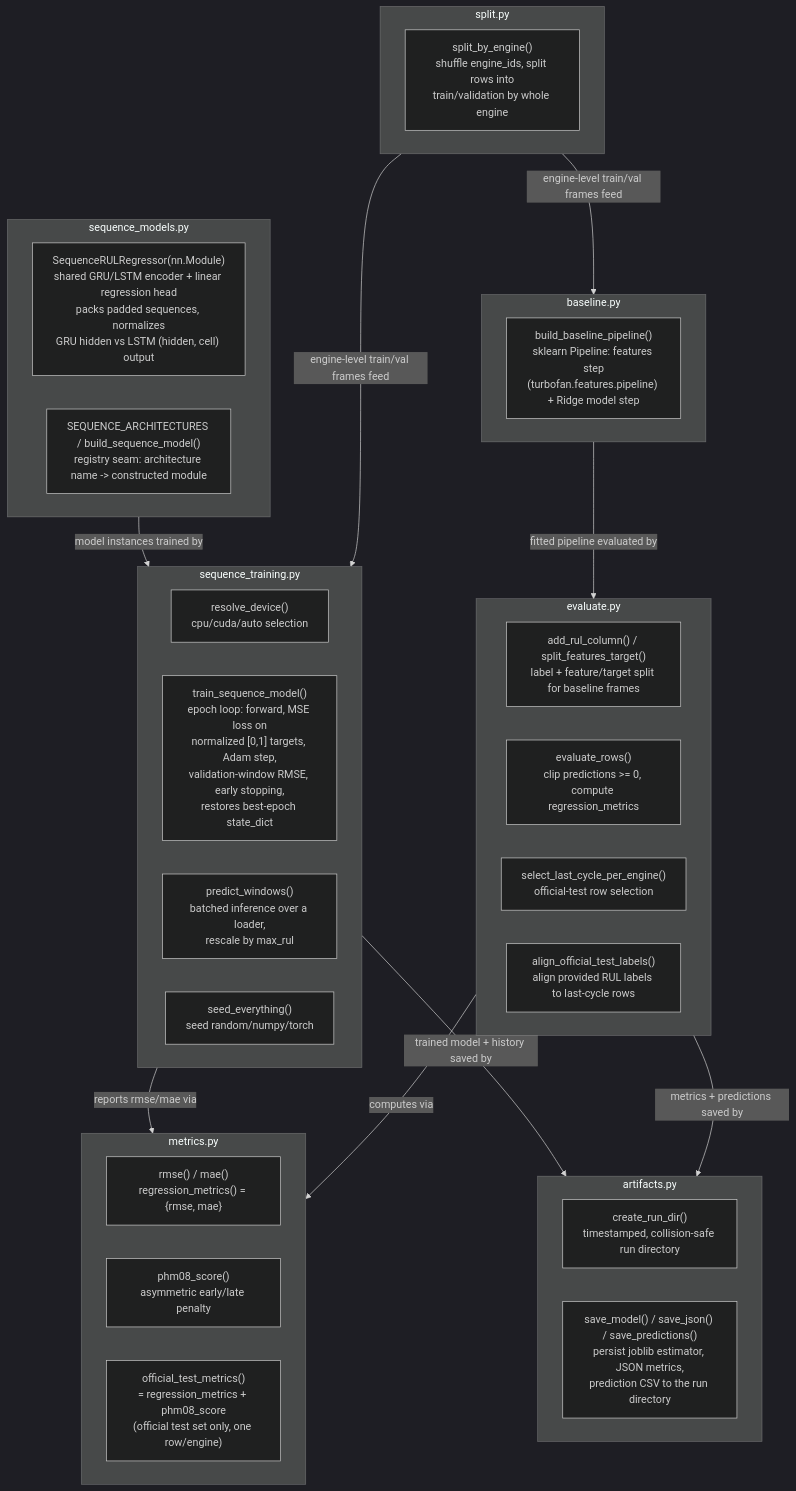
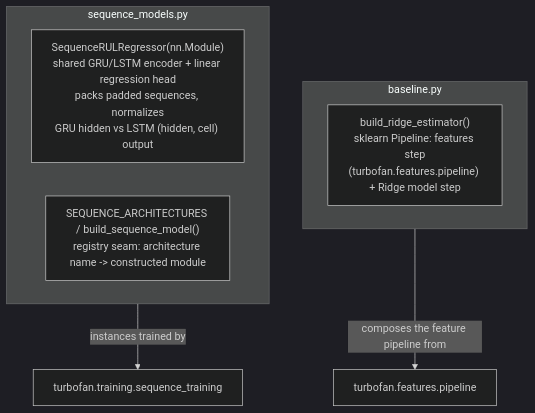
The diagram in src/turbofan/models/diagram.md (virgil-castillo/turbofan-rul-mlops), drawn with Mermaid (dark theme) before and after one commit. The commit also changed other lines of this file and 9 other files, not shown here.

First line of the commit message:
docs: refresh module diagrams for the boundary refactor

````diff
--- a/src/turbofan/models/diagram.md
+++ b/src/turbofan/models/diagram.md
@@ -3,49 +6,14 @@
 ```mermaid
 flowchart TD
     subgraph baseline_py["baseline.py"]
-        B1["build_baseline_pipeline()\nsklearn Pipeline: features step\n(turbofan.features.pipeline) + Ridge model step"]
+        B1["build_ridge_estimator()\nsklearn Pipeline: features step\n(turbofan.features.pipeline) + Ridge model step"]
     end
 
     subgraph sequence_models_py["sequence_models.py"]
         SM1["SequenceRULRegressor(nn.Module)\nshared GRU/LSTM encoder + linear regression head\npacks padded sequences, normalizes\nGRU hidden vs LSTM (hidden, cell) output"]
         SM2["SEQUENCE_ARCHITECTURES / build_sequence_model()\nregistry seam: architecture name -> constructed module"]
     end
 
-    subgraph split_py["split.py"]
-        SP1["split_by_engine()\nshuffle engine_ids, split rows into\ntrain/validation by whole engine"]
-    end
-
-    subgraph sequence_training_py["sequence_training.py"]
-        ST1["resolve_device()\ncpu/cuda/auto selection"]
-        ST2["train_sequence_model()\nepoch loop: forward, MSE loss on\nnormalized [0,1] targets, Adam step,\nvalidation-window RMSE, early stopping,\nrestores best-epoch state_dict"]
-        ST4["predict_windows()\nbatched inference over a loader,\nrescale by max_rul"]
-        ST5["seed_everything()\nseed random/numpy/torch"]
-    end
-
-    subgraph metrics_py["metrics.py"]
-        M1["rmse() / mae()\nregression_metrics() = {rmse, mae}"]
-        M2["phm08_score()\nasymmetric early/late penalty"]
-        M3["official_test_metrics()\n= regression_metrics + phm08_score\n(official test set only, one row/engine)"]
-    end
-
-    subgraph evaluate_py["evaluate.py"]
-        E1["add_rul_column() / split_features_target()\nlabel + feature/target split for baseline frames"]
-        E2["evaluate_rows()\nclip predictions >= 0, compute regression_metrics"]
-        E3["select_last_cycle_per_engine()\nofficial-test row selection"]
-        E4["align_official_test_labels()\nalign provided RUL labels to last-cycle rows"]
-    end
-
-    subgraph artifacts_py["artifacts.py"]
-        A1["create_run_dir()\ntimestamped, collision-safe run directory"]
-        A2["save_model() / save_json() / save_predictions()\npersist joblib estimator, JSON metrics,\nprediction CSV to the run directory"]
-    end
-
-    sequence_models_py -->|"model instances trained by"| sequence_training_py
-    sequence_training_py -->|"reports rmse/mae via"| metrics_py
-    baseline_py -->|"fitted pipeline evaluated by"| evaluate_py
-    evaluate_py -->|"computes via"| metrics_py
-    split_py -->|"engine-level train/val frames feed"| baseline_py
-    split_py -->|"engine-level train/val frames feed"| sequence_training_py
-    sequence_training_py -->|"trained model + history saved by"| artifacts_py
-    evaluate_py -->|"metrics + predictions saved by"| artifacts_py
+    baseline_py -->|"composes the feature pipeline from"| FeaturesNote["turbofan.features.pipeline"]
+    sequence_models_py -->|"instances trained by"| TrainingNote["turbofan.training.sequence_training"]
 ```
````
